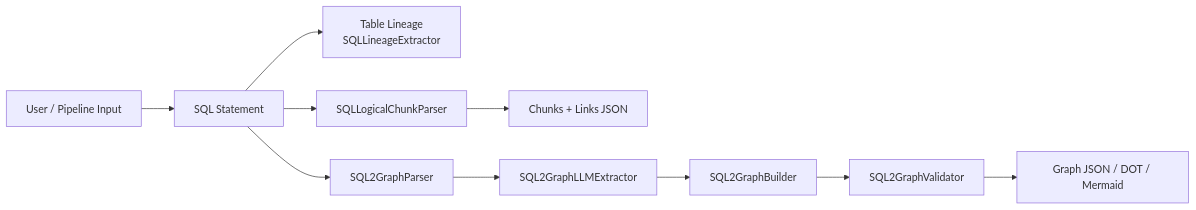
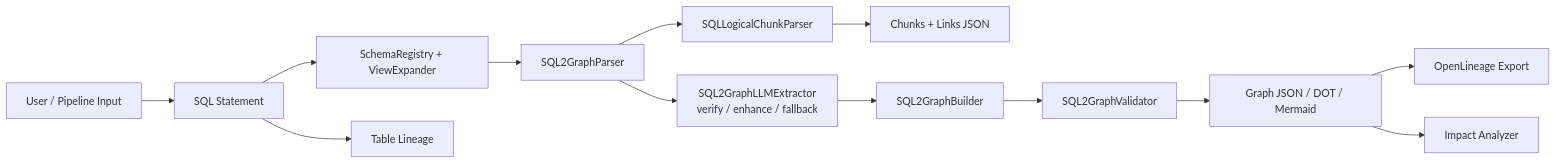
One commit to Xpehutta/llm4lineage changed the first of 2 diagrams in README.md. Above: the diagram before and after it, drawn with Mermaid. The commit also changed other lines of this file and 41 other files, not shown here.

First line of the commit message:
Implement spec Phases 0–6: schema registry, operators, CI, and tooling.

````diff
--- a/README.md
+++ b/README.md
@@ -31,13 +33,16 @@
 ```mermaid
 flowchart LR
     U[User / Pipeline Input] --> Q1[SQL Statement]
 
-    Q1 --> TL[Table Lineage<br/>SQLLineageExtractor]
-    Q1 --> CH[SQLLogicalChunkParser]
+    Q1 --> SR[SchemaRegistry + ViewExpander]
+    SR --> P[SQL2GraphParser]
+    P --> CH[SQLLogicalChunkParser]
     CH --> CK[Chunks + Links JSON]
-    Q1 --> P[SQL2GraphParser]
-    P --> XL[SQL2GraphLLMExtractor]
+    P --> XL[SQL2GraphLLMExtractor<br/>verify / enhance / fallback]
     XL --> B[SQL2GraphBuilder]
     B --> V[SQL2GraphValidator]
     V --> G[Graph JSON / DOT / Mermaid]
+    G --> OL[OpenLineage Export]
+    G --> IM[Impact Analyzer]
+    Q1 --> TL[Table Lineage]
 ```
````
